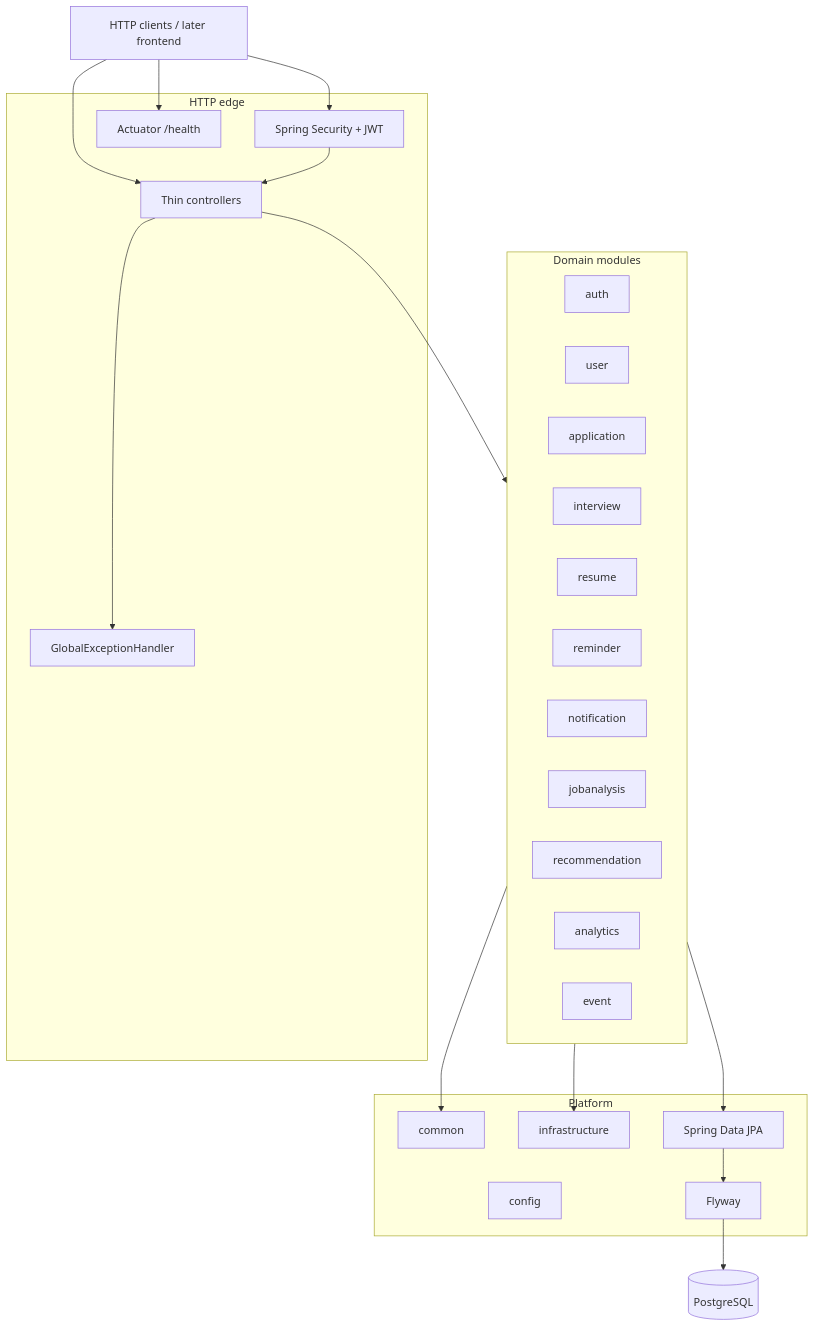
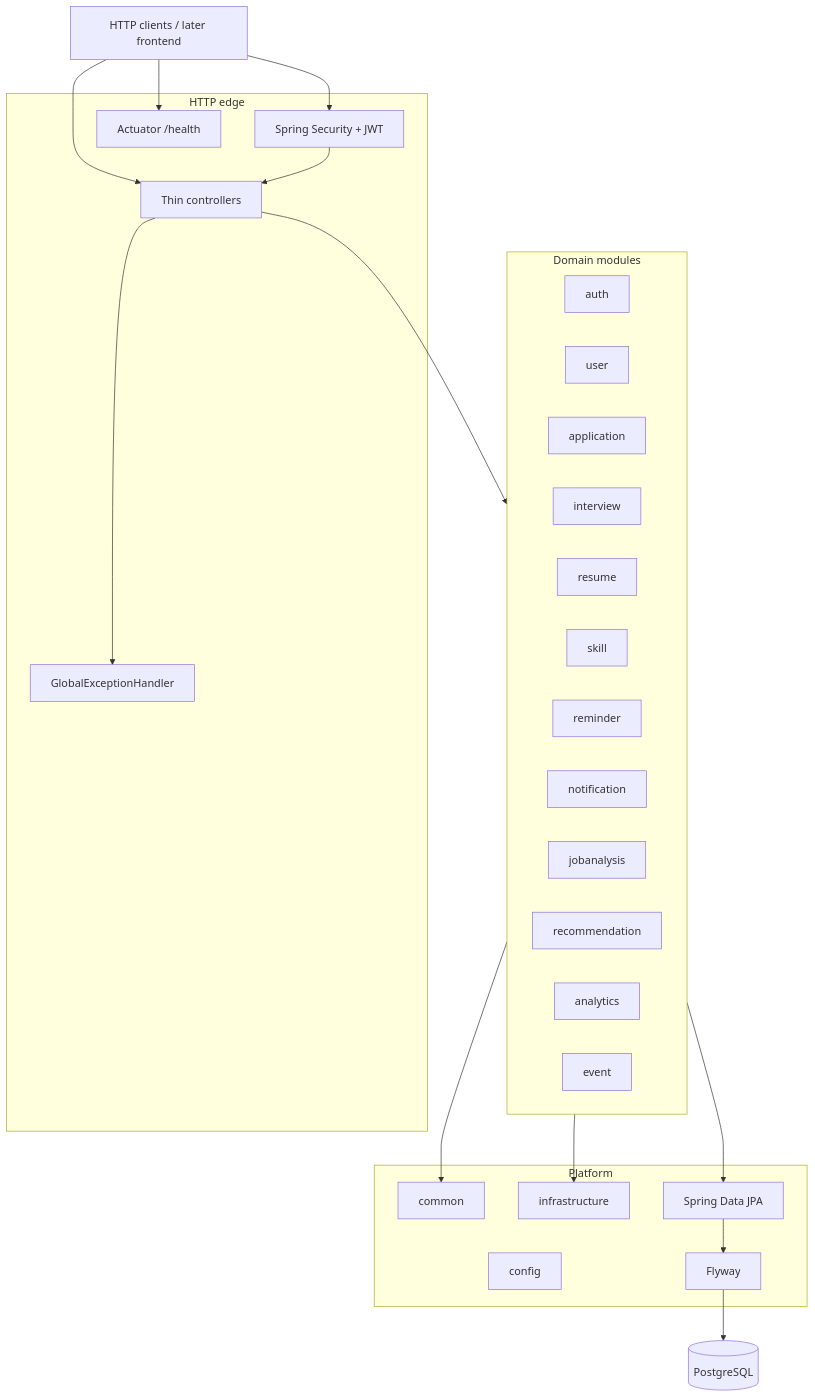
The diagram in README.md (parth1010444/jobpilot-backend), drawn with Mermaid before and after one commit. The commit also changed other lines of this file and 22 other files, not shown here.

````diff
--- a/README.md
+++ b/README.md
@@ -11,43 +11,44 @@
 ```mermaid
 flowchart TB
   client[HTTP clients / later frontend]
   subgraph api [HTTP edge]
     controllers[Thin controllers]
     security[Spring Security + JWT]
     advice[GlobalExceptionHandler]
     actuator[Actuator /health]
   end
   subgraph modules [Domain modules]
     auth[auth]
     user[user]
     application[application]
     interview[interview]
     resume[resume]
+    skill[skill]
     reminder[reminder]
     notification[notification]
     jobanalysis[jobanalysis]
     recommendation[recommendation]
     analytics[analytics]
     event[event]
   end
   subgraph platform [Platform]
     common[common]
     config[config]
     infra[infrastructure]
     jpa[Spring Data JPA]
     flyway[Flyway]
   end
   pg[(PostgreSQL)]
 
   client --> controllers
   client --> actuator
   client --> security
   security --> controllers
   controllers --> modules
   controllers --> advice
   modules --> common
   modules --> infra
   modules --> jpa
   jpa --> flyway
   flyway --> pg
 ```
````
